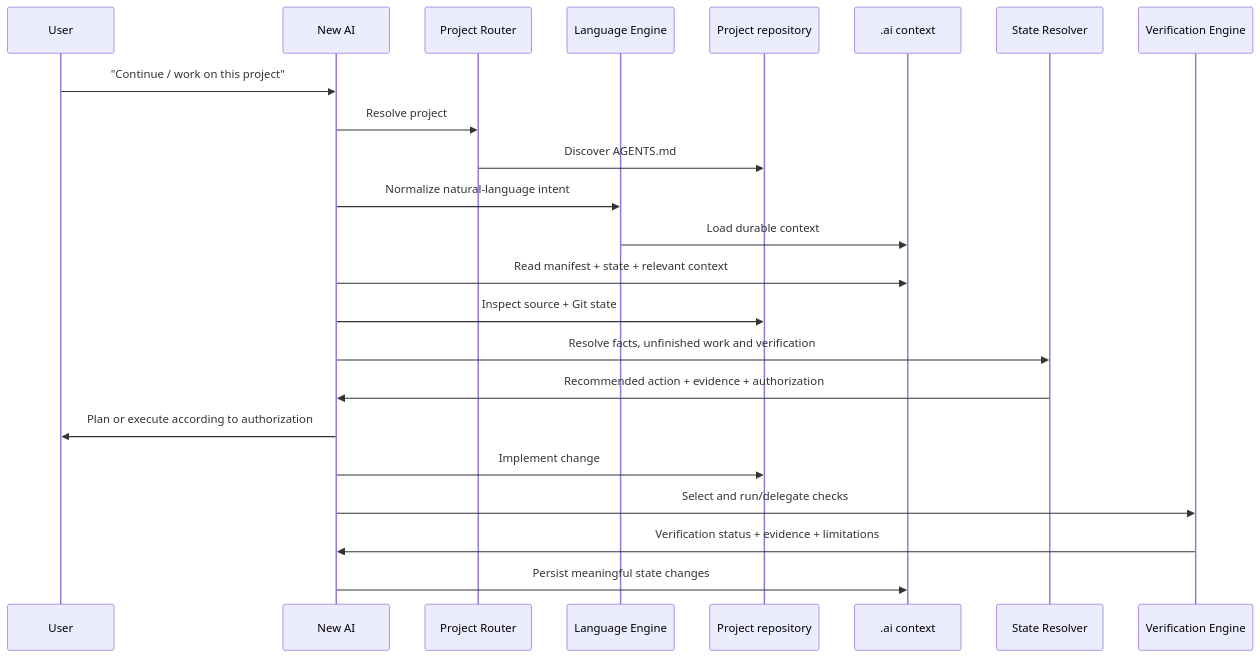
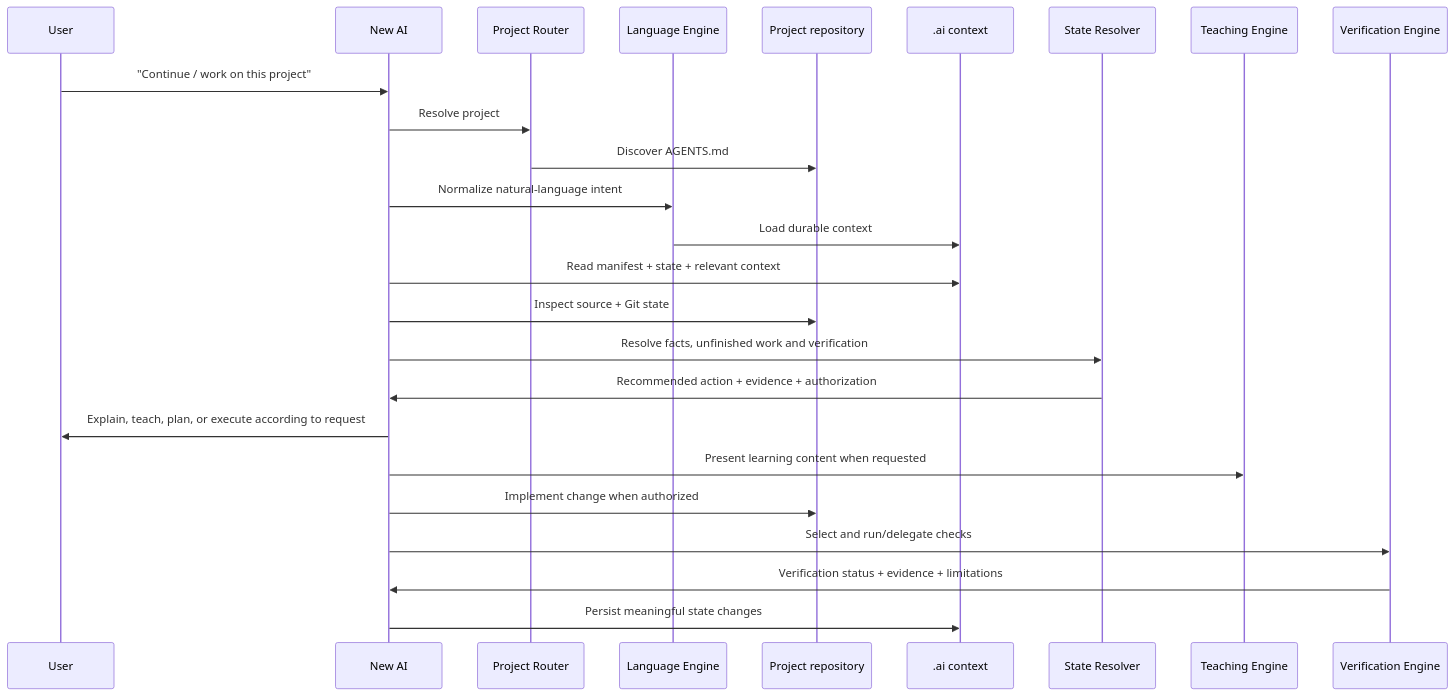
One commit to zzpsah/chatgpt-development-os changed the third of 3 diagrams in docs/ARCHITECTURE.md. Above: the diagram before and after it, drawn with Mermaid. The commit also changed other lines of this file, not shown here.

Commit message:
docs: integrate Teaching Engine into architecture

````diff
--- a/docs/ARCHITECTURE.md
+++ b/docs/ARCHITECTURE.md
@@ -95,26 +102,28 @@
 ```mermaid
 sequenceDiagram
     participant U as User
     participant A as New AI
     participant R as Project Router
     participant E as Language Engine
     participant G as Project repository
     participant C as .ai context
     participant S as State Resolver
+    participant TE as Teaching Engine
     participant V as Verification Engine
 
     U->>A: "Continue / work on this project"
     A->>R: Resolve project
     R->>G: Discover AGENTS.md
     A->>E: Normalize natural-language intent
     E->>C: Load durable context
     A->>C: Read manifest + state + relevant context
     A->>G: Inspect source + Git state
     A->>S: Resolve facts, unfinished work and verification
     S->>A: Recommended action + evidence + authorization
-    A->>U: Plan or execute according to authorization
-    A->>G: Implement change
+    A->>U: Explain, teach, plan, or execute according to request
+    A->>TE: Present learning content when requested
+    A->>G: Implement change when authorized
     A->>V: Select and run/delegate checks
     V->>A: Verification status + evidence + limitations
     A->>C: Persist meaningful state changes
 ```
````
